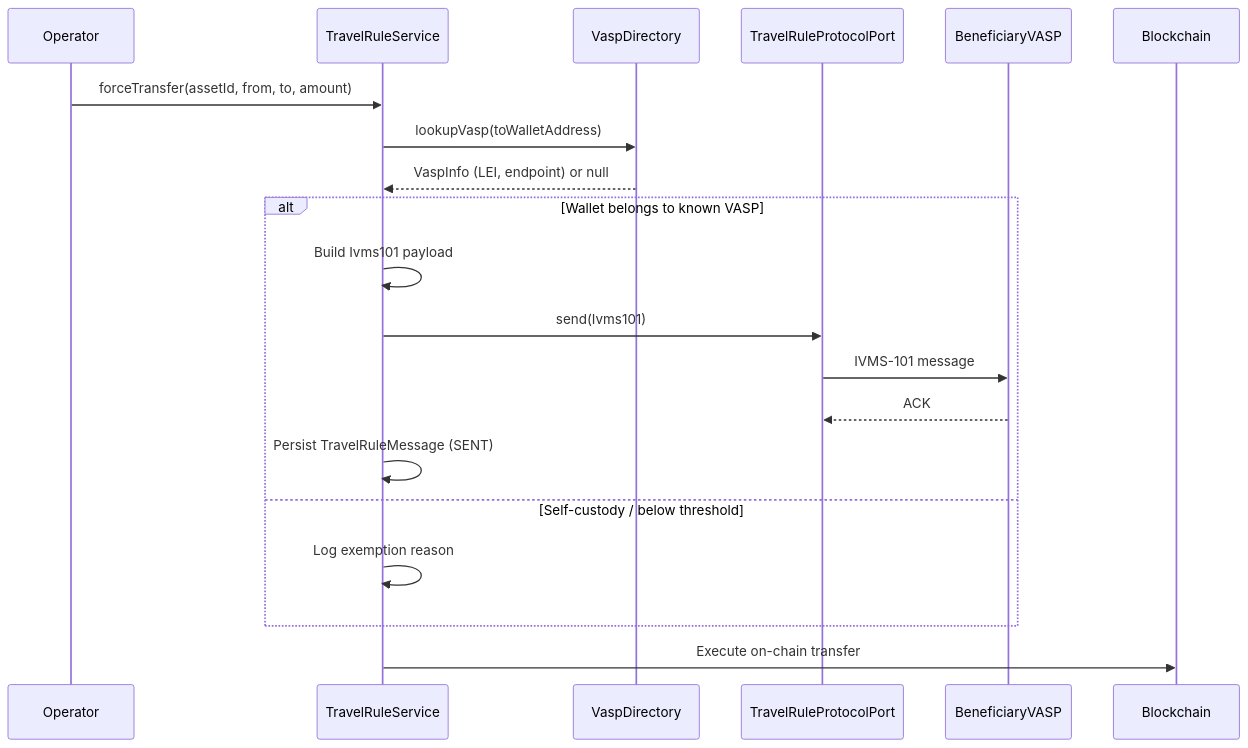
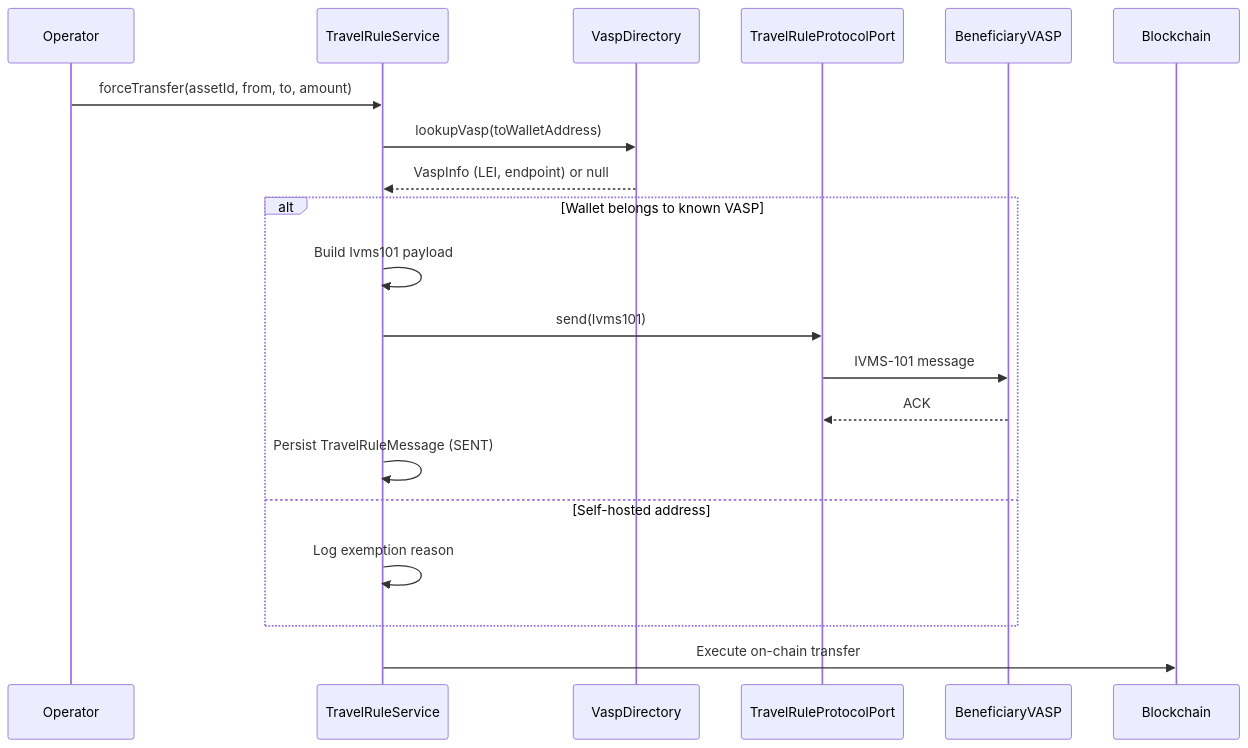
One commit to makibytes/registerwerk changed the diagram in docs/compliance/travel-rule.md. Above: the diagram before and after it, drawn with Mermaid. The commit also changed other lines of this file and 146 other files, not shown here.

````diff
--- a/docs/compliance/travel-rule.md
+++ b/docs/compliance/travel-rule.md
@@ -46,22 +46,22 @@
 ```mermaid
 sequenceDiagram
     participant Operator
     participant TravelRuleService
     participant VaspDirectory
     participant TravelRuleProtocolPort
     participant BeneficiaryVASP
 
     Operator->>TravelRuleService: forceTransfer(assetId, from, to, amount)
     TravelRuleService->>VaspDirectory: lookupVasp(toWalletAddress)
     VaspDirectory-->>TravelRuleService: VaspInfo (LEI, endpoint) or null
     alt Wallet belongs to known VASP
         TravelRuleService->>TravelRuleService: Build Ivms101 payload
         TravelRuleService->>TravelRuleProtocolPort: send(Ivms101)
         TravelRuleProtocolPort->>BeneficiaryVASP: IVMS-101 message
         BeneficiaryVASP-->>TravelRuleProtocolPort: ACK
         TravelRuleService->>TravelRuleService: Persist TravelRuleMessage (SENT)
-    else Self-custody / below threshold
+    else Self-hosted address
         TravelRuleService->>TravelRuleService: Log exemption reason
     end
     TravelRuleService->>Blockchain: Execute on-chain transfer
 ```
````
